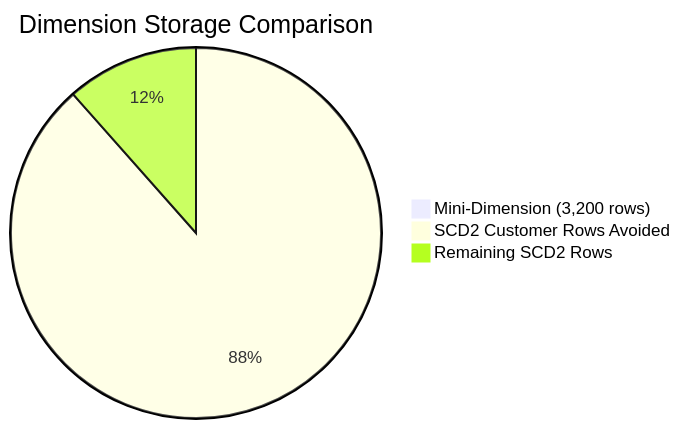
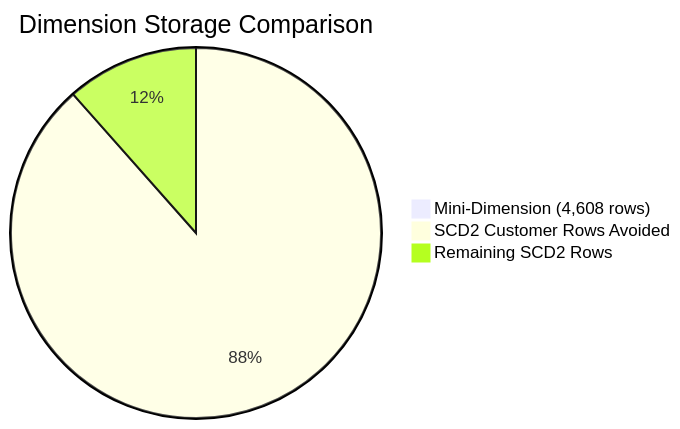
The third of 3 diagrams in posts/2026-01-30-data-warehouse-mini-dimensions/README.md (OneUptime/blog), drawn with Mermaid before and after one commit. The commit also changed other lines of this file and 2 other files, not shown here.

Commit message:
validate: 2026-01-30-data-warehouse-mini-dimensions

````diff
--- a/posts/2026-01-30-data-warehouse-mini-dimensions/README.md
+++ b/posts/2026-01-30-data-warehouse-mini-dimensions/README.md
@@ -551,6 +562,6 @@
 ```mermaid
 pie title Dimension Storage Comparison
-    "Mini-Dimension (3,200 rows)" : 0.2
+    "Mini-Dimension (4,608 rows)" : 0.2
     "SCD2 Customer Rows Avoided" : 115
     "Remaining SCD2 Rows" : 15
 ```
````
